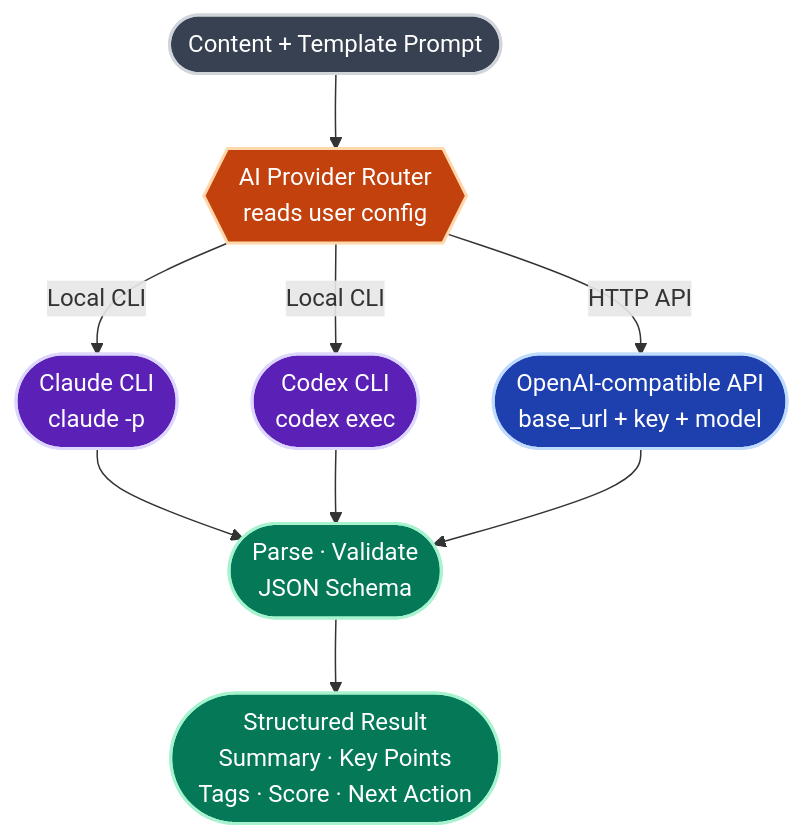
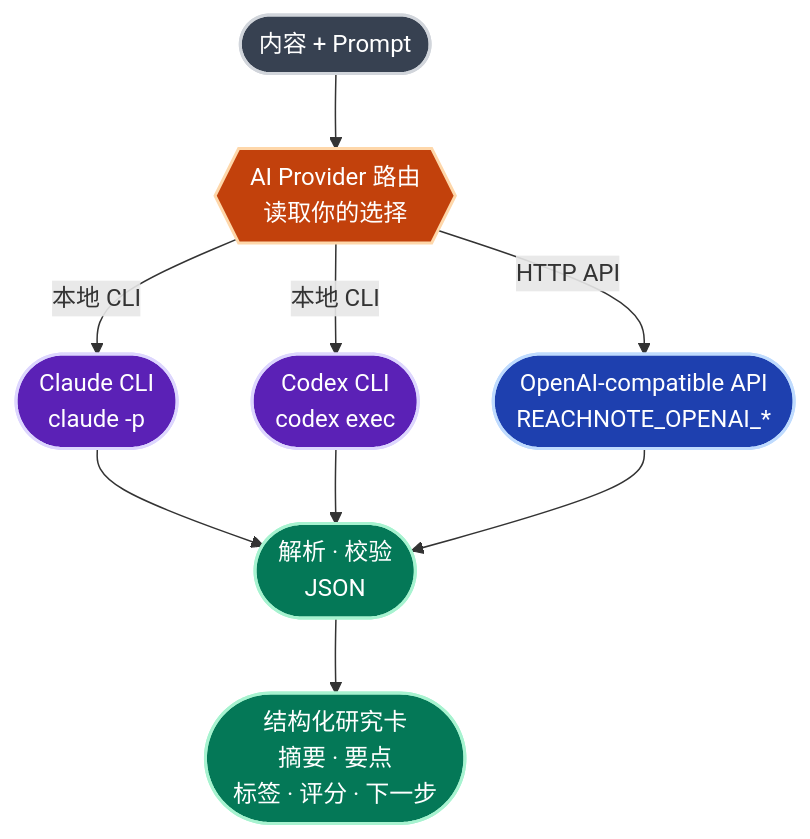
The third of 5 diagrams in README.zh-CN.md (AliceDel66/ReachNote), drawn with Mermaid before and after one commit. The commit also changed other lines of this file and 46 other files, not shown here.

````diff
--- a/README.zh-CN.md
+++ b/README.zh-CN.md
@@ -159,21 +180,21 @@
 ```mermaid
 flowchart TB
     classDef io fill:#374151,stroke:#d1d5db,stroke-width:2px,color:#fff
     classDef router fill:#c2410c,stroke:#fed7aa,stroke-width:2px,color:#fff
     classDef local fill:#5b21b6,stroke:#ddd6fe,stroke-width:2px,color:#fff
     classDef api fill:#1e40af,stroke:#bfdbfe,stroke-width:2px,color:#fff
     classDef out fill:#047857,stroke:#a7f3d0,stroke-width:2px,color:#fff
 
-    Req(["Content + Template Prompt"]):::io
-    Req --> Router{{"AI Provider Router<br/>reads user config"}}:::router
+    Req(["内容 + Prompt"]):::io
+    Req --> Router{{"AI Provider 路由<br/>读取你的选择"}}:::router
 
-    Router -->|Local CLI| Claude(["Claude CLI<br/>claude -p"]):::local
-    Router -->|Local CLI| Codex(["Codex CLI<br/>codex exec"]):::local
-    Router -->|HTTP API| OpenAI(["OpenAI-compatible API<br/>base_url + key + model"]):::api
+    Router -->|本地 CLI| Claude(["Claude CLI<br/>claude -p"]):::local
+    Router -->|本地 CLI| Codex(["Codex CLI<br/>codex exec"]):::local
+    Router -->|HTTP API| OpenAI(["OpenAI-compatible API<br/>REACHNOTE_OPENAI_*"]):::api
 
-    Claude --> Parse(["Parse · Validate<br/>JSON Schema"]):::out
+    Claude --> Parse(["解析 · 校验<br/>JSON"]):::out
     Codex --> Parse
     OpenAI --> Parse
 
-    Parse --> Result(["Structured Result<br/>Summary · Key Points<br/>Tags · Score · Next Action"]):::out
+    Parse --> Result(["结构化研究卡<br/>摘要 · 要点<br/>标签 · 评分 · 下一步"]):::out
 ```
````
